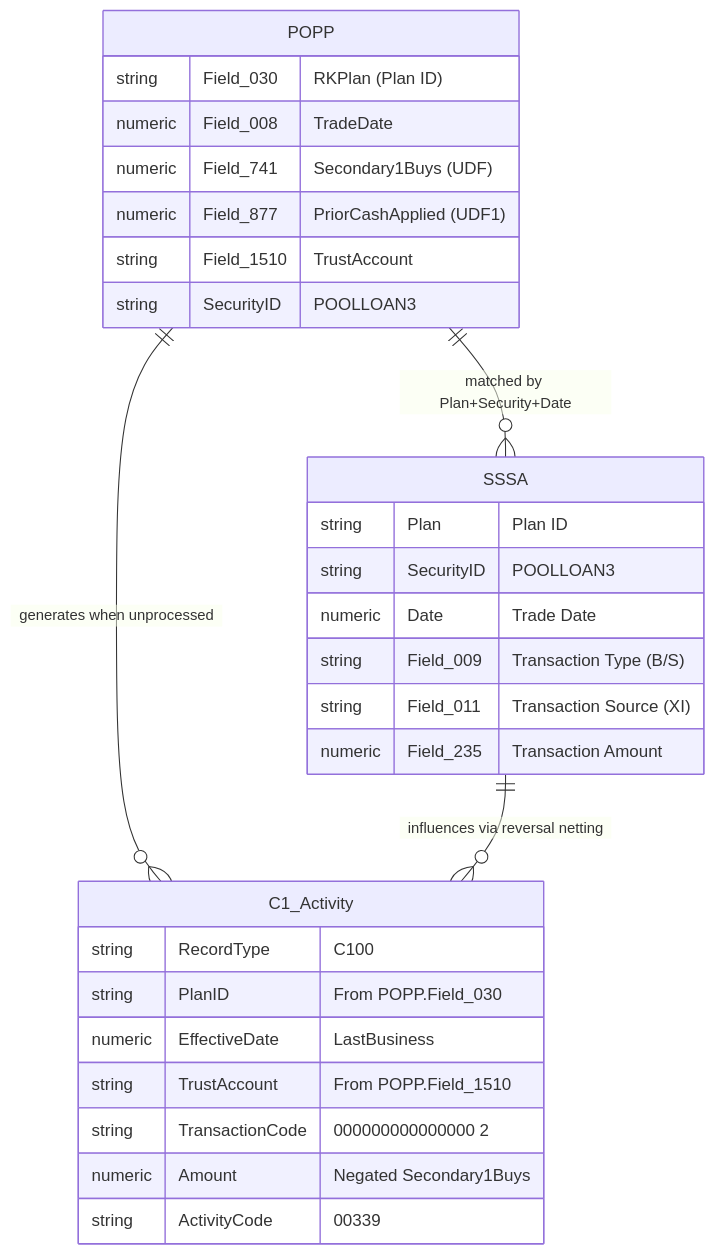
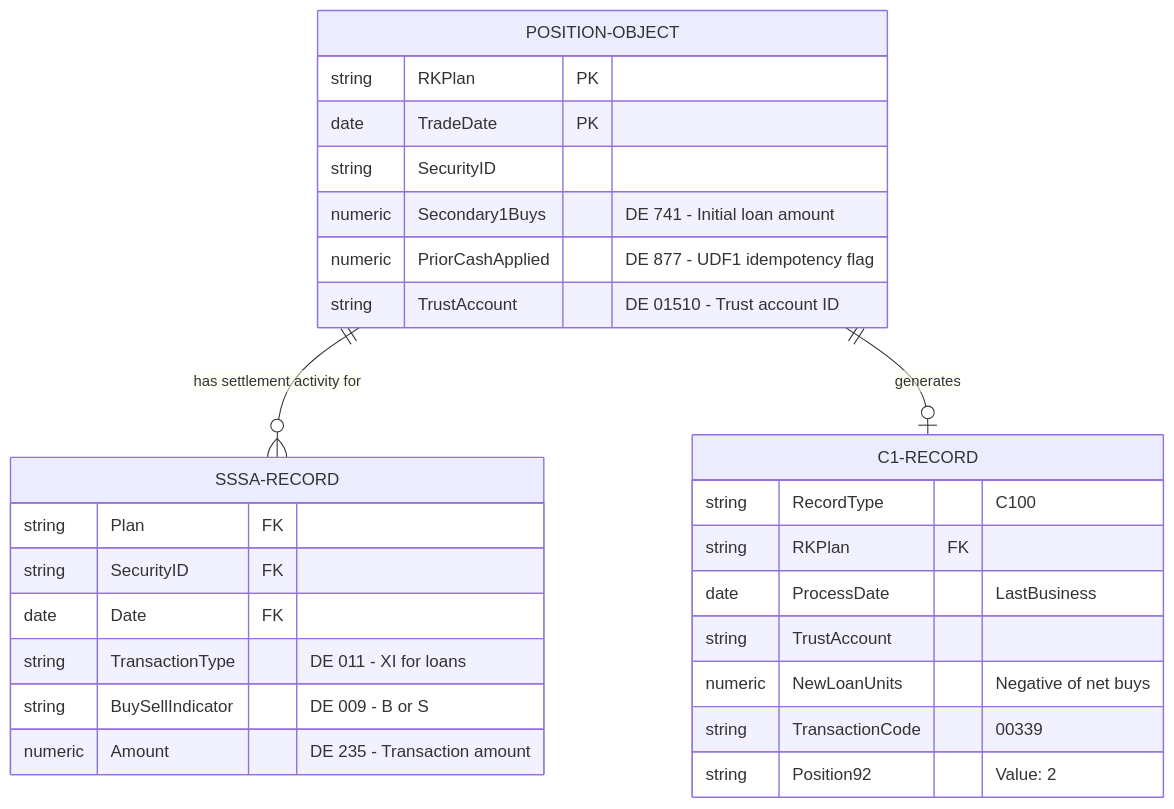
The fifth of 10 diagrams in omniscript-documentation/santized/GAP_NewLoanCash/GAP_NewLoanCash_DIAGRAMS.md (danismith-slalom1/bokf-poc), drawn with Mermaid before and after one commit. The commit also changed other lines of this file and 21 other files, not shown here.

````diff
--- a/omniscript-documentation/santized/GAP_NewLoanCash/GAP_NewLoanCash_DIAGRAMS.md
+++ b/omniscript-documentation/santized/GAP_NewLoanCash/GAP_NewLoanCash_DIAGRAMS.md
@@ -208,34 +288,33 @@
 ```mermaid
 erDiagram
-    POPP {
-        string Field_030 "RKPlan (Plan ID)"
-        numeric Field_008 "TradeDate"
-        numeric Field_741 "Secondary1Buys (UDF)"
-        numeric Field_877 "PriorCashApplied (UDF1)"
-        string Field_1510 "TrustAccount"
-        string SecurityID "POOLLOAN3"
+    POSITION-OBJECT ||--o{ SSSA-RECORD : "has settlement activity for"
+    POSITION-OBJECT ||--o| C1-RECORD : "generates"
+    
+    POSITION-OBJECT {
+        string RKPlan PK
+        date TradeDate PK
+        string SecurityID
+        numeric Secondary1Buys "DE 741 - Initial loan amount"
+        numeric PriorCashApplied "DE 877 - UDF1 idempotency flag"
+        string TrustAccount "DE 01510 - Trust account ID"
     }
     
-    SSSA {
-        string Plan "Plan ID"
-        string SecurityID "POOLLOAN3"
-        numeric Date "Trade Date"
-        string Field_009 "Transaction Type (B/S)"
-        string Field_011 "Transaction Source (XI)"
-        numeric Field_235 "Transaction Amount"
+    SSSA-RECORD {
+        string Plan FK
+        string SecurityID FK
+        date Date FK
+        string TransactionType "DE 011 - XI for loans"
+        string BuySellIndicator "DE 009 - B or S"
+        numeric Amount "DE 235 - Transaction amount"
     }
     
-    C1_Activity {
+    C1-RECORD {
         string RecordType "C100"
-        string PlanID "From POPP.Field_030"
-        numeric EffectiveDate "LastBusiness"
-        string TrustAccount "From POPP.Field_1510"
-        string TransactionCode "000000000000000    2"
-        numeric Amount "Negated Secondary1Buys"
-        string ActivityCode "00339"
+        string RKPlan FK
+        date ProcessDate "LastBusiness"
+        string TrustAccount
+        numeric NewLoanUnits "Negative of net buys"
+        string TransactionCode "00339"
+        string Position92 "Value: 2"
     }
-    
-    POPP ||--o{ SSSA : "matched by Plan+Security+Date"
-    POPP ||--o{ C1_Activity : "generates when unprocessed"
-    SSSA ||--o{ C1_Activity : "influences via reversal netting"
 ```
````
